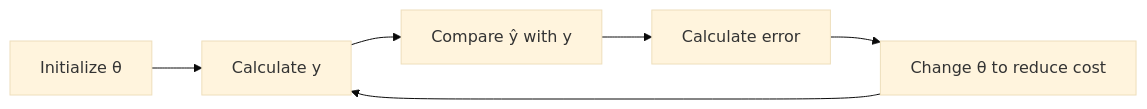
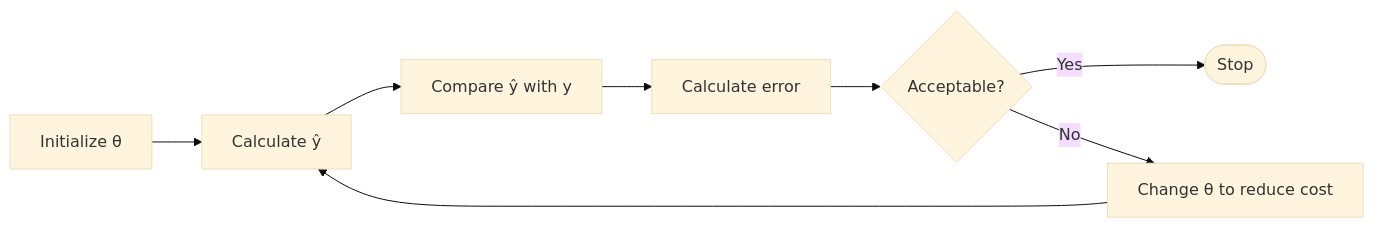
The diagram in docs/CS_Electives/Machine_Learning/06_Optimization.md (uni-notes/uni-notes), drawn with Mermaid (base theme) before and after one commit. The commit also changed other lines of this file, not shown here.

````diff
--- a/docs/CS_Electives/Machine_Learning/06_Optimization.md
+++ b/docs/CS_Electives/Machine_Learning/06_Optimization.md
@@ -5,9 +3,13 @@
 ```mermaid
 flowchart LR
 i[Initialize θ] -->
-y[Calculate y] -->
+calc[Calculate ŷ] -->
 compare[Compare ŷ with y] -->
 error[Calculate error] -->
-change[Change θ to reduce cost] -->
-y
+a{Acceptable?} -->
+|Yes| stop([Stop])
+
+a -->
+|No| change[Change θ to reduce cost] -->
+calc
 ```
````
